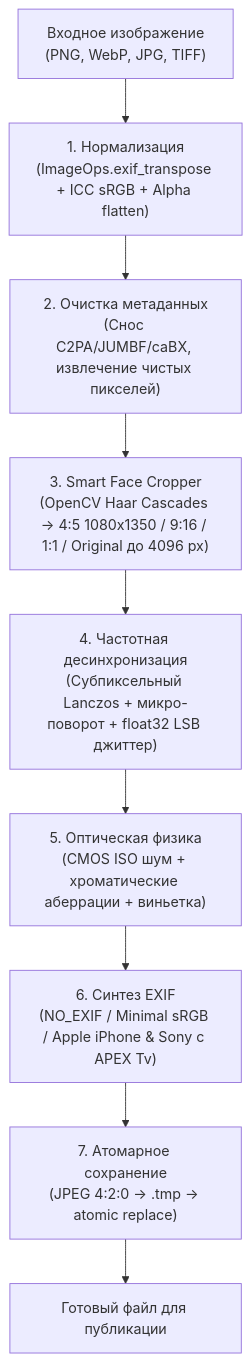
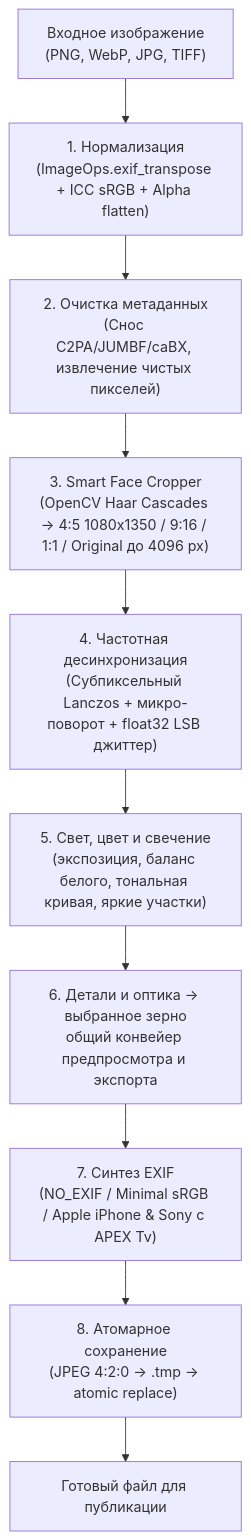
Before and after one commit to csezet/reelsator: the diagram in README.md, drawn with Mermaid. The commit also changed other lines of this file and 33 other files, not shown here.

````diff
--- a/README.md
+++ b/README.md
@@ -30,11 +32,12 @@
 ```mermaid
 flowchart TD
     A["Входное изображение<br>(PNG, WebP, JPG, TIFF)"] --> B["1. Нормализация<br>(ImageOps.exif_transpose + ICC sRGB + Alpha flatten)"]
     B --> C["2. Очистка метаданных<br>(Снос C2PA/JUMBF/caBX, извлечение чистых пикселей)"]
     C --> D["3. Smart Face Cropper<br>(OpenCV Haar Cascades -> 4:5 1080x1350 / 9:16 / 1:1 / Original до 4096 px)"]
     D --> E["4. Частотная десинхронизация<br>(Субпиксельный Lanczos + микро-поворот + float32 LSB джиттер)"]
-    E --> F["5. Оптическая физика<br>(CMOS ISO шум + хроматические аберрации + виньетка)"]
-    F --> G["6. Синтез EXIF<br>(NO_EXIF / Minimal sRGB / Apple iPhone & Sony с APEX Tv)"]
-    G --> H["7. Атомарное сохранение<br>(JPEG 4:2:0 -> .tmp -> atomic replace)"]
+    E --> F["5. Свет, цвет и свечение<br>(экспозиция, баланс белого, тональная кривая, яркие участки)"]
+    F --> F2["6. Детали и оптика -> выбранное зерно<br>общий конвейер предпросмотра и экспорта"]
+    F2 --> G["7. Синтез EXIF<br>(NO_EXIF / Minimal sRGB / Apple iPhone & Sony с APEX Tv)"]
+    G --> H["8. Атомарное сохранение<br>(JPEG 4:2:0 -> .tmp -> atomic replace)"]
     H --> I["Готовый файл для публикации"]
 ```
````
